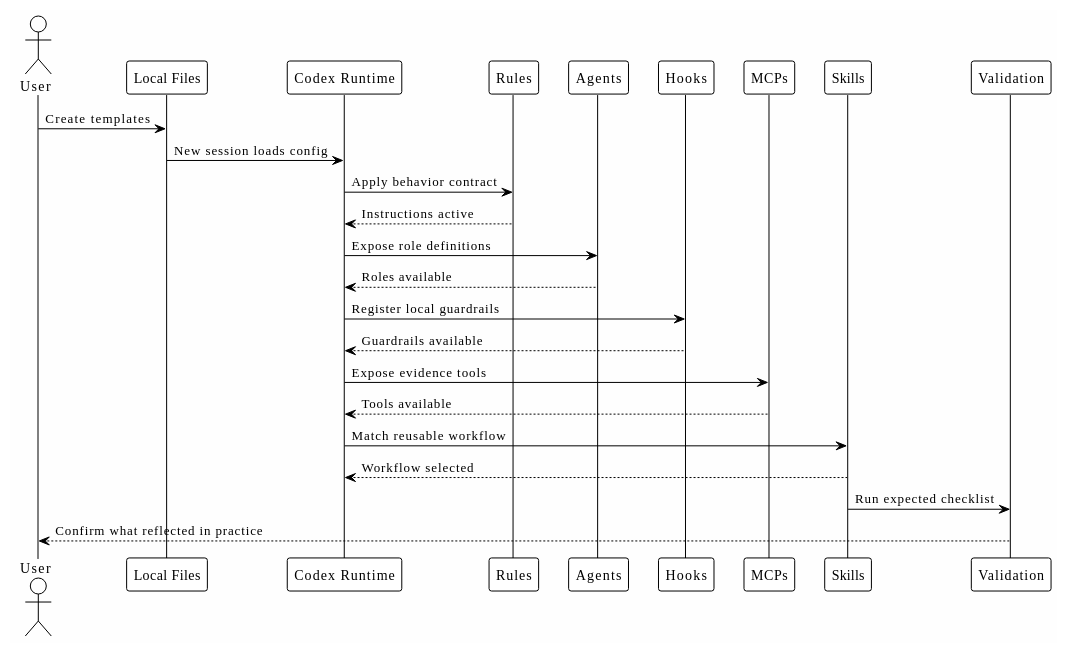
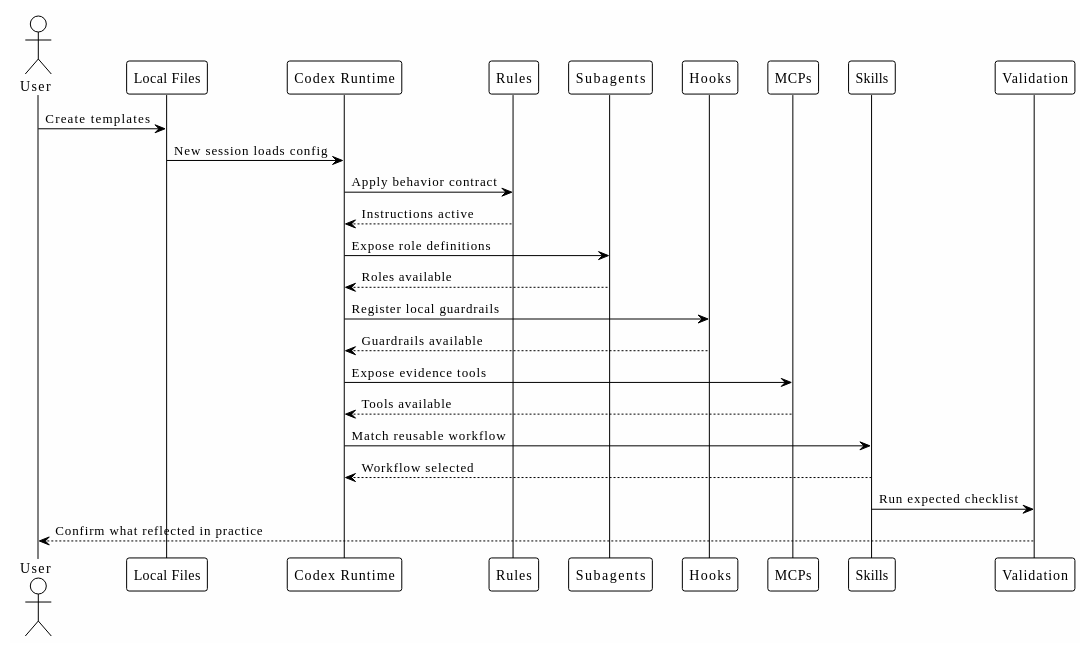
Before and after one commit to ivanhoinacki/codex-workflow-workbook: the diagram in docs/09-local-configuration-hands-on.md, drawn with PlantUML. The commit also changed other lines of this file and 23 other files, not shown here.

````diff
--- a/docs/09-local-configuration-hands-on.md
+++ b/docs/09-local-configuration-hands-on.md
@@ -36,31 +36,31 @@
 ```plantuml
 @startuml
 !theme plain
 skinparam backgroundColor #FEFEFE
 
 actor User
 participant "Local Files" as Files
 participant "Codex Runtime" as Codex
 participant Rules
-participant Agents
+participant Subagents
 participant Hooks
 participant MCPs
 participant Skills
 participant Validation
 
 User -> Files: Create templates
 Files -> Codex: New session loads config
 Codex -> Rules: Apply behavior contract
 Rules --> Codex: Instructions active
-Codex -> Agents: Expose role definitions
-Agents --> Codex: Roles available
+Codex -> Subagents: Expose role definitions
+Subagents --> Codex: Roles available
 Codex -> Hooks: Register local guardrails
 Hooks --> Codex: Guardrails available
 Codex -> MCPs: Expose evidence tools
 MCPs --> Codex: Tools available
 Codex -> Skills: Match reusable workflow
 Skills --> Codex: Workflow selected
 Skills -> Validation: Run expected checklist
 Validation --> User: Confirm what reflected in practice
 @enduml
 ```
````
